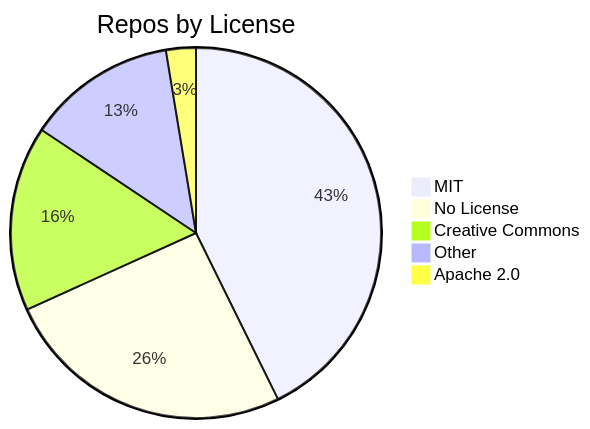
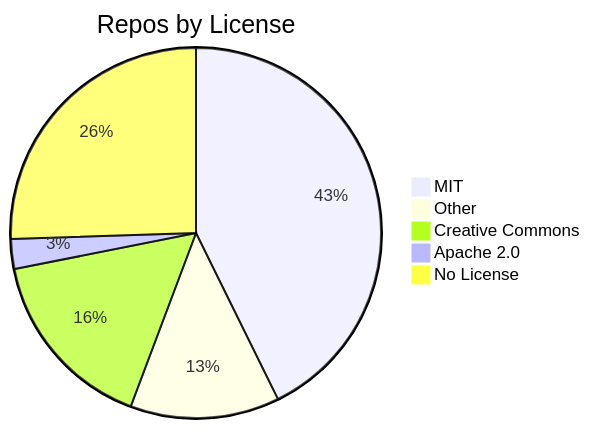
The diagram in README.md (jpatterson933/awesome-mcp-server-repo-index), drawn with Mermaid before and after one commit. The commit also changed other lines of this file and 7 other files, not shown here.

````diff
--- a/README.md
+++ b/README.md
@@ -31,8 +31,8 @@
 ```mermaid
 pie title Repos by License
     "MIT" : 82
+    "Other" : 25
+    "Creative Commons" : 31
+    "Apache 2.0" : 5
     "No License" : 49
-    "Creative Commons" : 31
-    "Other" : 25
-    "Apache 2.0" : 5
 ```
````
